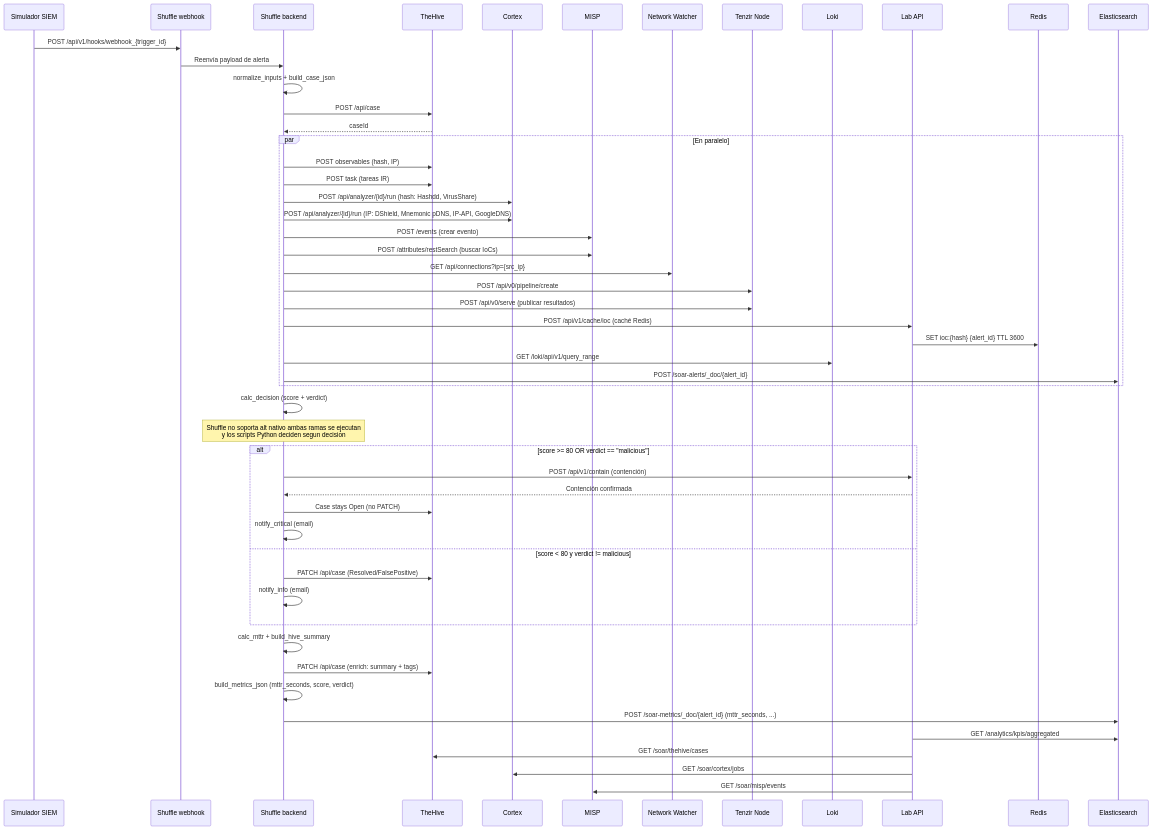
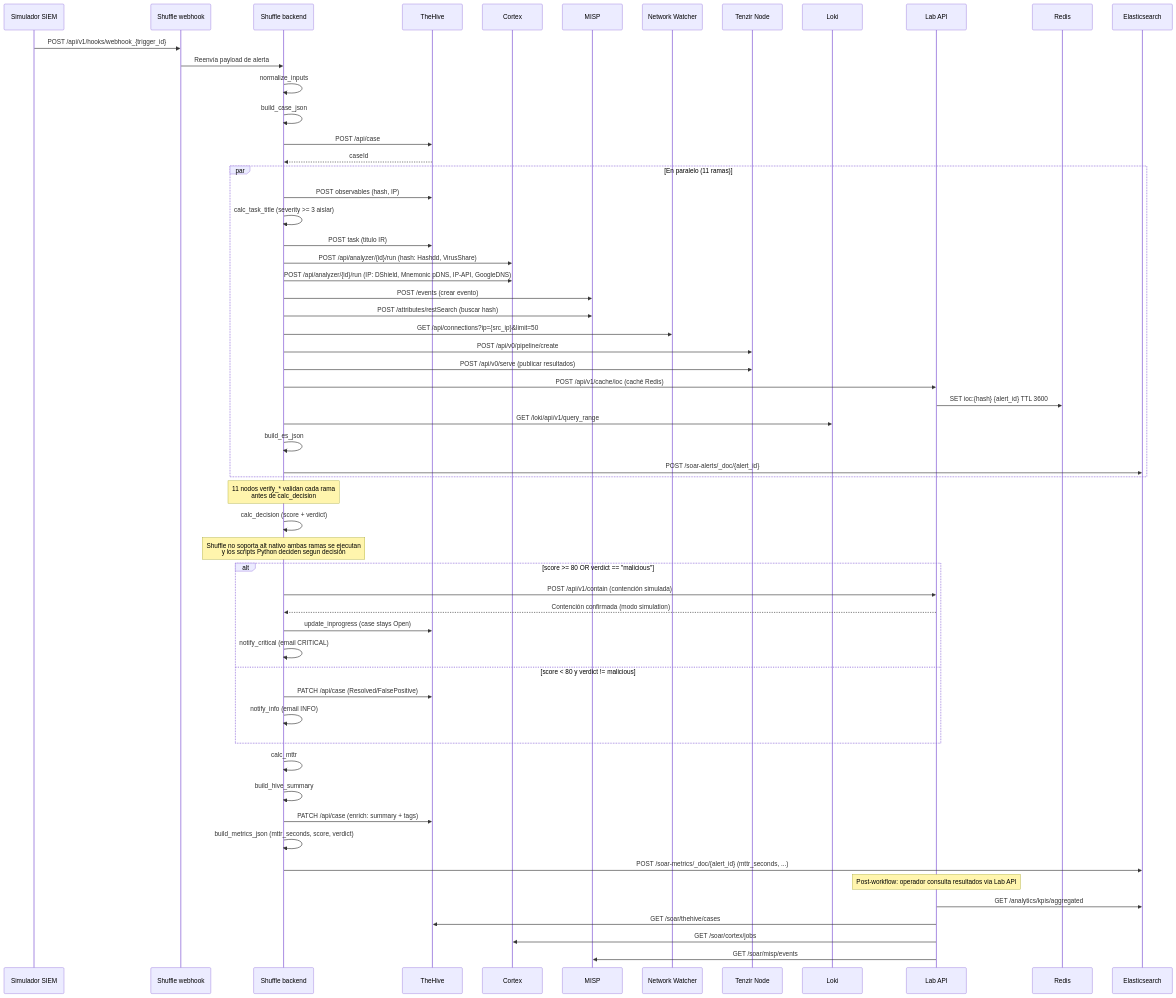
One commit to alesanfe/soar-ransomware-lab changed the fifth of 12 diagrams in docs/thesis/appendix_f.md. Above: the diagram before and after it, drawn with Mermaid. The commit also changed other lines of this file, not shown here.

First paragraph of the commit message:
fix(thesis): F.5 - 7 correcciones de fidelidad al workflow real
Verificacion exhaustiva contra scripts/setup/shuffle_workflow/workflow_actions.py
y los 14 scripts Python del directorio scripts/.

````diff
--- a/docs/thesis/appendix_f.md
+++ b/docs/thesis/appendix_f.md
@@ -248,55 +248,61 @@
 ```mermaid
 sequenceDiagram
  participant Sim as Simulador SIEM
  participant Shuffle as Shuffle webhook
  participant Backend as Shuffle backend
  participant TheHive as TheHive
  participant Cortex as Cortex
  participant MISP as MISP
  participant NW as Network Watcher
  participant Tenzir as Tenzir Node
  participant Loki as Loki
  participant API as Lab API
  participant Redis as Redis
  participant ES as Elasticsearch
 
  Sim->>Shuffle: POST /api/v1/hooks/webhook_{trigger_id}
  Shuffle->>Backend: Reenvía payload de alerta
- Backend->>Backend: normalize_inputs + build_case_json
+ Backend->>Backend: normalize_inputs
+ Backend->>Backend: build_case_json
  Backend->>TheHive: POST /api/case
  TheHive-->>Backend: caseId
- par En paralelo
+ par En paralelo (11 ramas)
    Backend->>TheHive: POST observables (hash, IP)
-   Backend->>TheHive: POST task (tareas IR)
+   Backend->>Backend: calc_task_title (severity >= 3 aislar)
+   Backend->>TheHive: POST task (titulo IR)
    Backend->>Cortex: POST /api/analyzer/{id}/run (hash: Hashdd, VirusShare)
    Backend->>Cortex: POST /api/analyzer/{id}/run (IP: DShield, Mnemonic pDNS, IP-API, GoogleDNS)
    Backend->>MISP: POST /events (crear evento)
-   Backend->>MISP: POST /attributes/restSearch (buscar IoCs)
-   Backend->>NW: GET /api/connections?ip={src_ip}
+   Backend->>MISP: POST /attributes/restSearch (buscar hash)
+   Backend->>NW: GET /api/connections?ip={src_ip}&limit=50
    Backend->>Tenzir: POST /api/v0/pipeline/create
    Backend->>Tenzir: POST /api/v0/serve (publicar resultados)
    Backend->>API: POST /api/v1/cache/ioc (caché Redis)
    API->>Redis: SET ioc:{hash} {alert_id} TTL 3600
    Backend->>Loki: GET /loki/api/v1/query_range
+   Backend->>Backend: build_es_json
    Backend->>ES: POST /soar-alerts/_doc/{alert_id}
  end
+ Note over Backend: 11 nodos verify_* validan cada rama<br/>antes de calc_decision
  Backend->>Backend: calc_decision (score + verdict)
  Note over Backend: Shuffle no soporta alt nativo ambas ramas se ejecutan<br/>y los scripts Python deciden segun decision
  alt score >= 80 OR verdict == "malicious"
-   Backend->>API: POST /api/v1/contain (contención)
-   API-->>Backend: Contención confirmada
-   Backend->>TheHive: Case stays Open (no PATCH)
-   Backend->>Backend: notify_critical (email)
+   Backend->>API: POST /api/v1/contain (contención simulada)
+   API-->>Backend: Contención confirmada (modo simulation)
+   Backend->>TheHive: update_inprogress (case stays Open)
+   Backend->>Backend: notify_critical (email CRITICAL)
  else score < 80 y verdict != malicious
    Backend->>TheHive: PATCH /api/case (Resolved/FalsePositive)
-   Backend->>Backend: notify_info (email)
+   Backend->>Backend: notify_info (email INFO)
  end
- Backend->>Backend: calc_mttr + build_hive_summary
+ Backend->>Backend: calc_mttr
+ Backend->>Backend: build_hive_summary
  Backend->>TheHive: PATCH /api/case (enrich: summary + tags)
  Backend->>Backend: build_metrics_json (mttr_seconds, score, verdict)
  Backend->>ES: POST /soar-metrics/_doc/{alert_id} (mttr_seconds, ...)
+ Note over API: Post-workflow: operador consulta resultados via Lab API
  API->>ES: GET /analytics/kpis/aggregated
  API->>TheHive: GET /soar/thehive/cases
  API->>Cortex: GET /soar/cortex/jobs
  API->>MISP: GET /soar/misp/events
 ```
````
